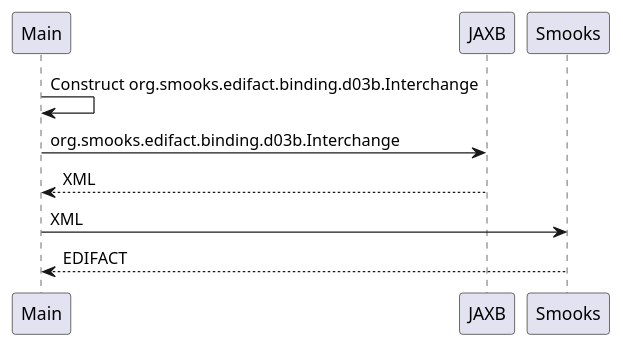
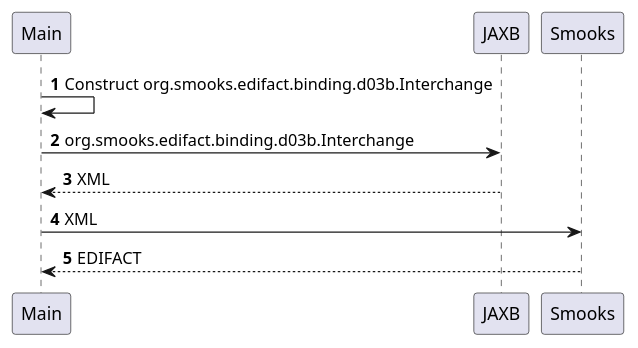
One commit to smooks/smooks-examples changed the diagram in java-to-edifact-programmatic/README.md. Above: the diagram before and after it, drawn with PlantUML. The commit also changed other lines of this file and 1 other file, not shown here.

Commit message:
docs: autonumber interactions (#274)

````diff
--- a/java-to-edifact-programmatic/README.md
+++ b/java-to-edifact-programmatic/README.md
@@ -37,9 +38,11 @@
 ```plantuml
 @startuml
+autonumber
+
 Main -> Main : Construct org.smooks.edifact.binding.d03b.Interchange
 Main -> JAXB: org.smooks.edifact.binding.d03b.Interchange
 Main <-- JAXB: XML
 Main -> Smooks: XML
 Main <-- Smooks: EDIFACT
 @enduml
 ```
````
